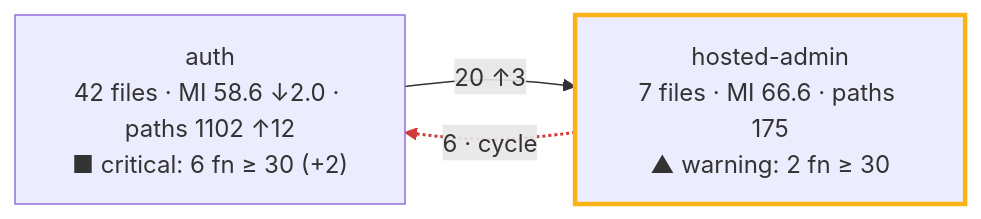
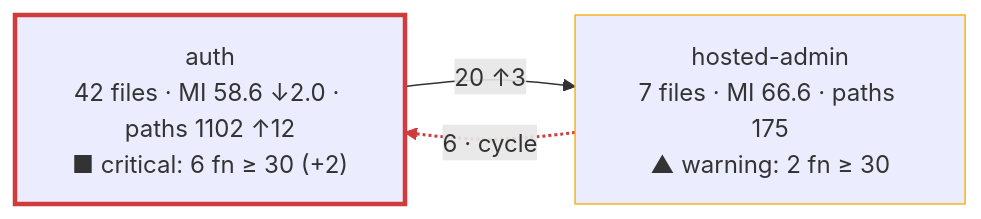
The diagram in docs/implementation/architecture-evolution-plan.md (tomer-mayara/Thermus), drawn with Mermaid before and after one commit. The commit also changed other lines of this file and 37 other files, not shown here.

First line of the commit message:
T6: CRAP, bands, and colors in the architecture delta (#167)

````diff
--- a/docs/implementation/architecture-evolution-plan.md
+++ b/docs/implementation/architecture-evolution-plan.md
@@ -201,13 +216,15 @@
 ```mermaid
 flowchart LR
   c_auth["auth<br/>42 files · MI 58.6 ↓2.0 · paths 1102 ↑12<br/>■ critical: 6 fn ≥ 30 (+2)"]
   c_hosted_admin["hosted-admin<br/>7 files · MI 66.6 · paths 175<br/>▲ warning: 2 fn ≥ 30"]
   c_auth -- "20 ↑3" --> c_hosted_admin
   c_hosted_admin -. "6 · cycle" .-> c_auth
   linkStyle 1 stroke:#d03b3b,stroke-width:2px
   classDef touched stroke-width:3px
-  classDef critical stroke:#d03b3b,stroke-width:3px
-  classDef warning stroke:#fab219,stroke-width:3px
-  class c_auth touched,critical
+  classDef gone stroke-dasharray:4 4,color:#999999
+  classDef warning stroke:#fab219
+  classDef critical stroke:#d03b3b
+  class c_auth touched
   class c_hosted_admin warning
+  class c_auth critical
 ```
````
